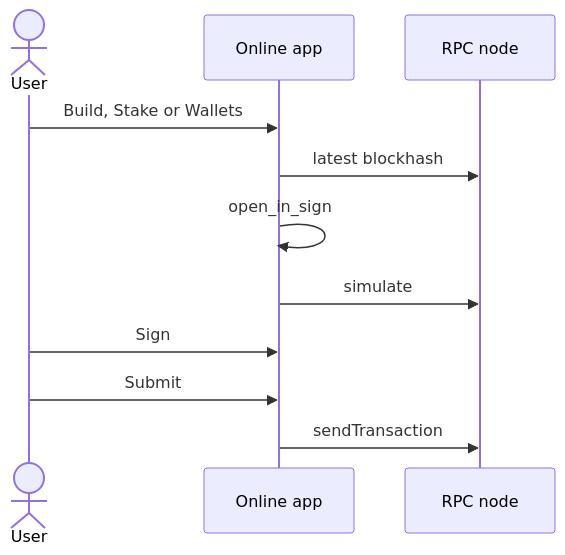
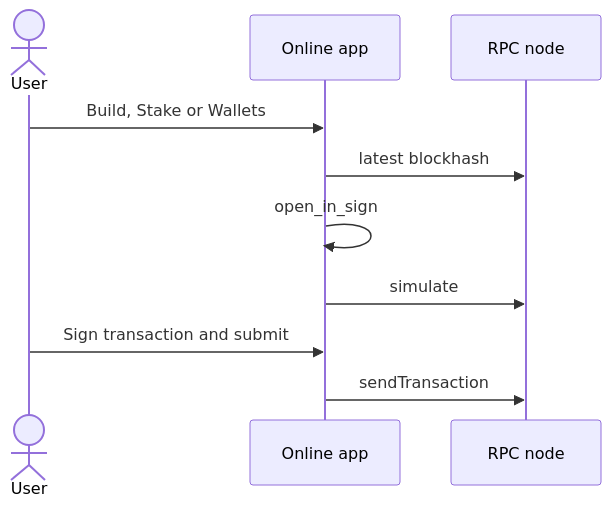
One commit to tiago18c/airlock changed the third of 13 diagrams in docs/signing.md. Above: the diagram before and after it, drawn with Mermaid. The commit also changed other lines of this file and 5 other files, not shown here.

First line of the commit message:
Sign the transaction after its simulation, and submit on that press

````diff
--- a/docs/signing.md
+++ b/docs/signing.md
@@ -181,13 +181,12 @@
 ```mermaid
 sequenceDiagram
   actor U as User
   participant A as Online app
   participant N as RPC node
   U->>A: Build, Stake or Wallets
   A->>N: latest blockhash
   A->>A: open_in_sign
   A->>N: simulate
-  U->>A: Sign
-  U->>A: Submit
+  U->>A: Sign transaction and submit
   A->>N: sendTransaction
 ```
````
